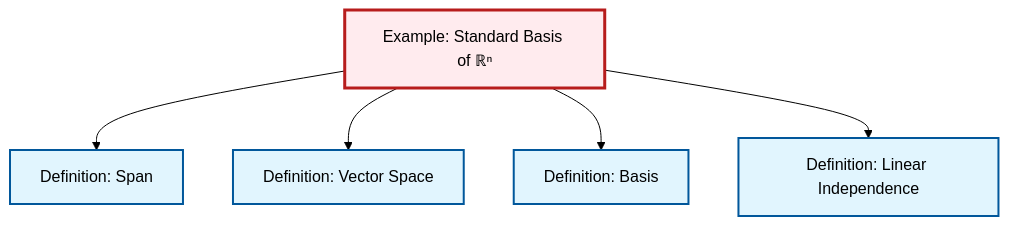
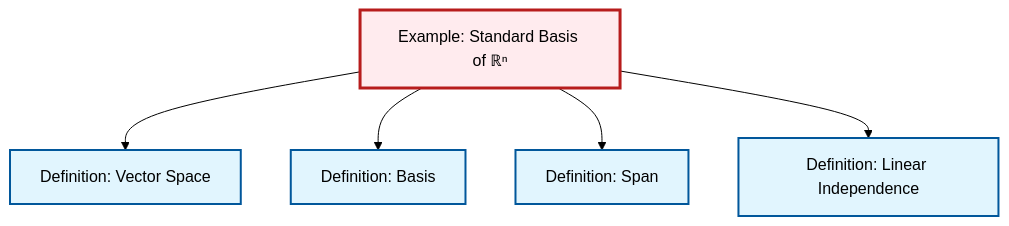
The diagram in content/en/algebra/ex-standard-basis-rn.qmd (RK0429/ModernMath), drawn with Mermaid (forest theme) before and after one commit. The commit also changed other lines of this file and 619 other files, not shown here.

````diff
--- a/content/en/algebra/ex-standard-basis-rn.qmd
+++ b/content/en/algebra/ex-standard-basis-rn.qmd
@@ -62,23 +62,23 @@
 ```{mermaid}
 %%| fig-cap: "Local dependency graph"
 graph TD
     classDef definition fill:#e1f5fe,stroke:#01579b,stroke-width:2px
     classDef theorem fill:#f3e5f5,stroke:#4a148c,stroke-width:2px
     classDef axiom fill:#fff3e0,stroke:#e65100,stroke-width:2px
     classDef example fill:#e8f5e9,stroke:#1b5e20,stroke-width:2px
     classDef current fill:#ffebee,stroke:#b71c1c,stroke-width:3px
     def-span["Definition: Span"]:::definition
-    def-vector-space["Definition: Vector Space"]:::definition
+    def-linear-independence["Definition: Linear Independence"]:::definition
     ex-standard-basis-rn["Example: Standard Basis of ℝⁿ"]:::example
     def-basis["Definition: Basis"]:::definition
-    def-linear-independence["Definition: Linear Independence"]:::definition
-    ex-standard-basis-rn --> def-span
+    def-vector-space["Definition: Vector Space"]:::definition
     ex-standard-basis-rn --> def-vector-space
     ex-standard-basis-rn --> def-basis
+    ex-standard-basis-rn --> def-span
     ex-standard-basis-rn --> def-linear-independence
     class ex-standard-basis-rn current
     click def-span "def-span.html" "Go to Span definition"
+    click def-linear-independence "def-linear-independence.html" "Go to Linear Independence definition"
+    click def-basis "def-basis.html" "Go to Basis definition"
     click def-vector-space "def-vector-space.html" "Go to Vector Space definition"
-    click def-basis "def-basis.html" "Go to Basis definition"
-    click def-linear-independence "def-linear-independence.html" "Go to Linear Independence definition"
 ```
````
